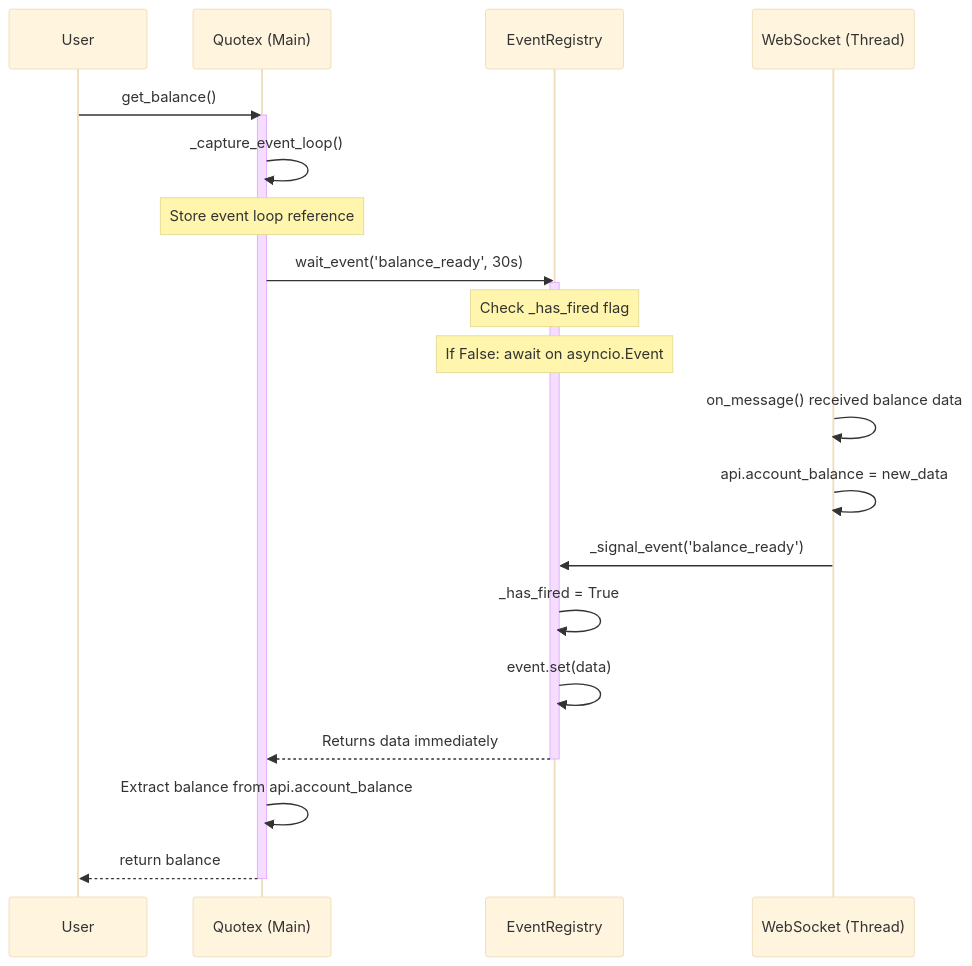
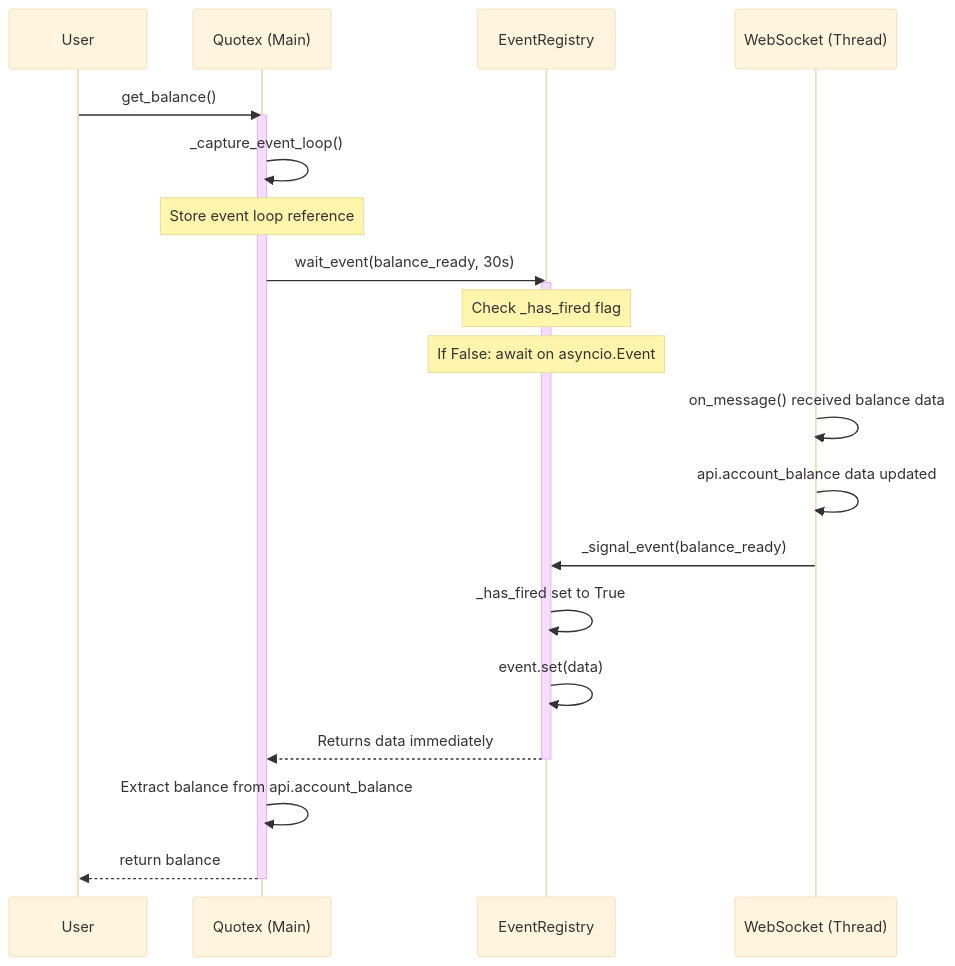
The second of 15 diagrams in docs/en/Architecture.md (cleitonleonel/pyquotex), drawn with Mermaid (base theme) before and after one commit. The commit also changed other lines of this file, not shown here.

Commit message:
refactor: update event handling syntax for consistency and clarity

````diff
--- a/docs/en/Architecture.md
+++ b/docs/en/Architecture.md
@@ -40,32 +40,32 @@
 ```mermaid
 sequenceDiagram
     participant User
     participant API as Quotex (Main)
     participant EventReg as EventRegistry
     participant WS as WebSocket (Thread)
 
     User->>API: get_balance()
     activate API
 
     API->>API: _capture_event_loop()
     Note over API: Store event loop reference
 
-    API->>EventReg: wait_event('balance_ready', 30s)
+    API->>EventReg: wait_event(balance_ready, 30s)
     activate EventReg
     Note over EventReg: Check _has_fired flag
     Note over EventReg: If False: await on asyncio.Event
 
     WS->>WS: on_message() received balance data
-    WS->>WS: api.account_balance = new_data
+    WS->>WS: api.account_balance data updated
 
-    WS->>EventReg: _signal_event('balance_ready')
-    EventReg->>EventReg: _has_fired = True
+    WS->>EventReg: _signal_event(balance_ready)
+    EventReg->>EventReg: _has_fired set to True
     EventReg->>EventReg: event.set(data)
 
     EventReg-->>API: Returns data immediately
     deactivate EventReg
 
     API->>API: Extract balance from api.account_balance
     API-->>User: return balance
     deactivate API
 ```
````
